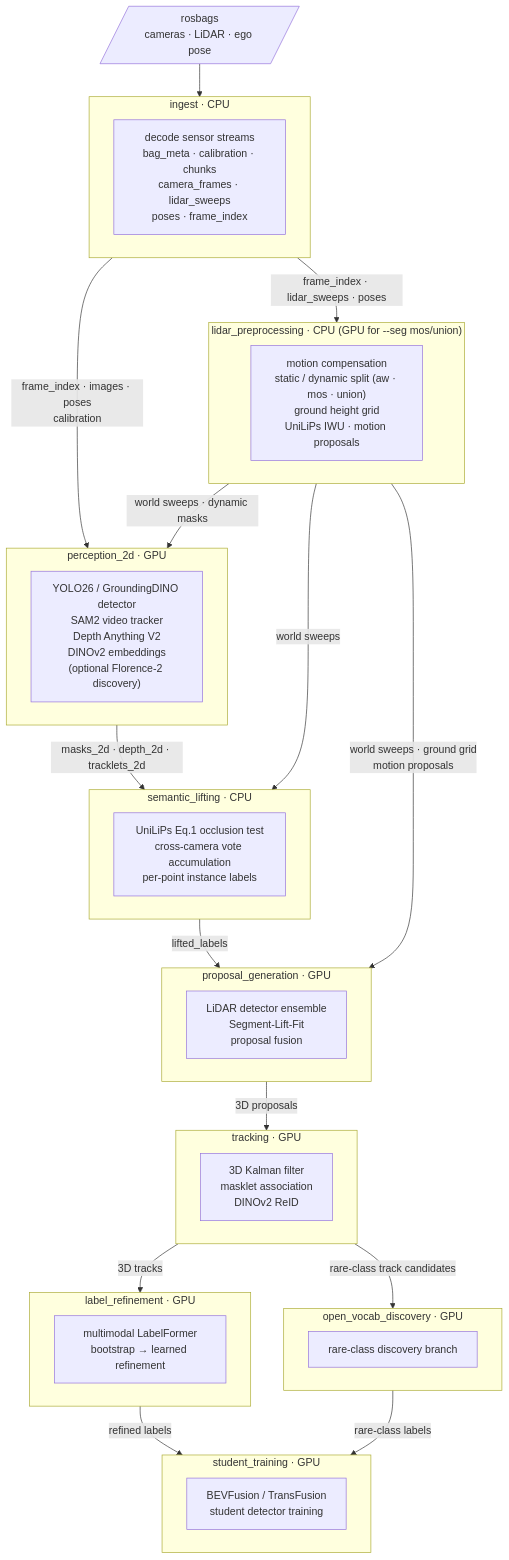
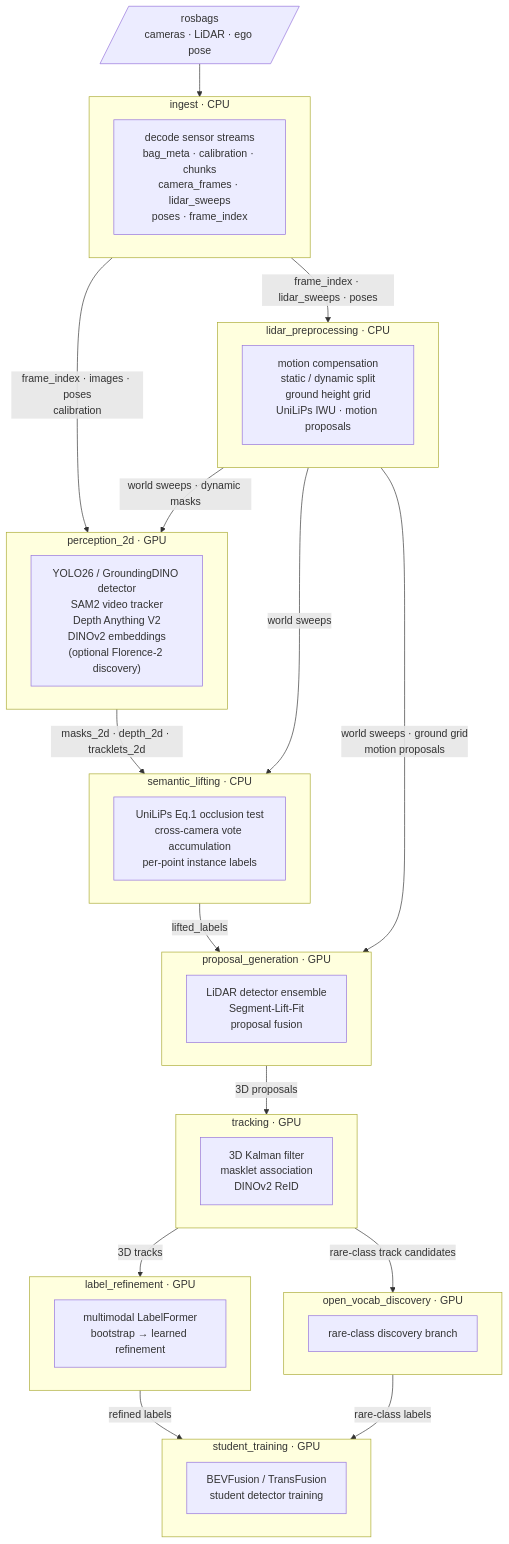
Before and after one commit to WATonomous/wato_world: the diagram in README.md, drawn with Mermaid. The commit also changed other lines of this file and 60 other files, not shown here.

Commit message:
dynamic split cleanup

````diff
--- a/README.md
+++ b/README.md
@@ -10,54 +10,54 @@
 ```mermaid
 flowchart TD
     BAG[/"rosbags\ncameras · LiDAR · ego pose"/]
 
     subgraph ingest["ingest  ·  CPU"]
         I["decode sensor streams\nbag_meta · calibration · chunks\ncamera_frames · lidar_sweeps\nposes · frame_index"]
     end
 
-    subgraph lidar_prep["lidar_preprocessing  ·  CPU (GPU for --seg mos/union)"]
-        LP["motion compensation\nstatic / dynamic split (aw · mos · union)\nground height grid\nUniLiPs IWU · motion proposals"]
+    subgraph lidar_prep["lidar_preprocessing  ·  CPU"]
+        LP["motion compensation\nstatic / dynamic split\nground height grid\nUniLiPs IWU · motion proposals"]
     end
 
     subgraph perception_2d["perception_2d  ·  GPU"]
         P2["YOLO26 / GroundingDINO detector\nSAM2 video tracker\nDepth Anything V2\nDINOv2 embeddings\n(optional Florence-2 discovery)"]
     end
 
     subgraph semantic_lifting["semantic_lifting  ·  CPU"]
         SL["UniLiPs Eq.1 occlusion test\ncross-camera vote accumulation\nper-point instance labels"]
     end
 
     subgraph proposal_gen["proposal_generation  ·  GPU"]
         PG["LiDAR detector ensemble\nSegment-Lift-Fit\nproposal fusion"]
     end
 
     subgraph tracking["tracking  ·  GPU"]
         TR["3D Kalman filter\nmasklet association\nDINOv2 ReID"]
     end
 
     subgraph label_ref["label_refinement  ·  GPU"]
         LR["multimodal LabelFormer\nbootstrap → learned refinement"]
     end
 
     subgraph ovd["open_vocab_discovery  ·  GPU"]
         OV["rare-class discovery branch"]
     end
 
     subgraph student["student_training  ·  GPU"]
         ST["BEVFusion / TransFusion\nstudent detector training"]
     end
 
     BAG --> ingest
     ingest -- "frame_index · images · poses\ncalibration" --> perception_2d
     ingest -- "frame_index · lidar_sweeps · poses" --> lidar_prep
     lidar_prep -- "world sweeps · dynamic masks" --> perception_2d
     lidar_prep -- "world sweeps" --> semantic_lifting
     perception_2d -- "masks_2d · depth_2d · tracklets_2d" --> semantic_lifting
     semantic_lifting -- "lifted_labels" --> proposal_gen
     lidar_prep -- "world sweeps · ground grid\nmotion proposals" --> proposal_gen
     proposal_gen -- "3D proposals" --> tracking
     tracking -- "3D tracks" --> label_ref
     tracking -- "rare-class track candidates" --> ovd
     label_ref -- "refined labels" --> student
     ovd -- "rare-class labels" --> student
 ```
````
